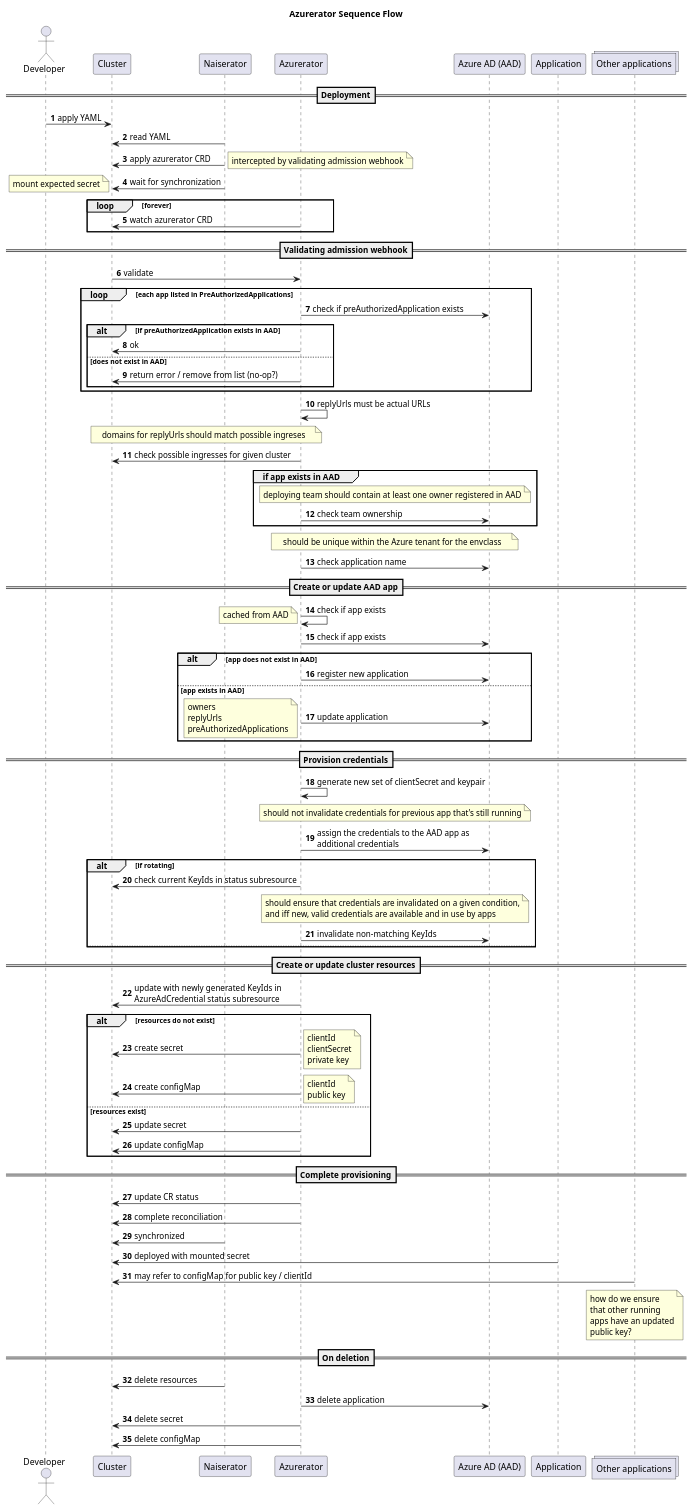
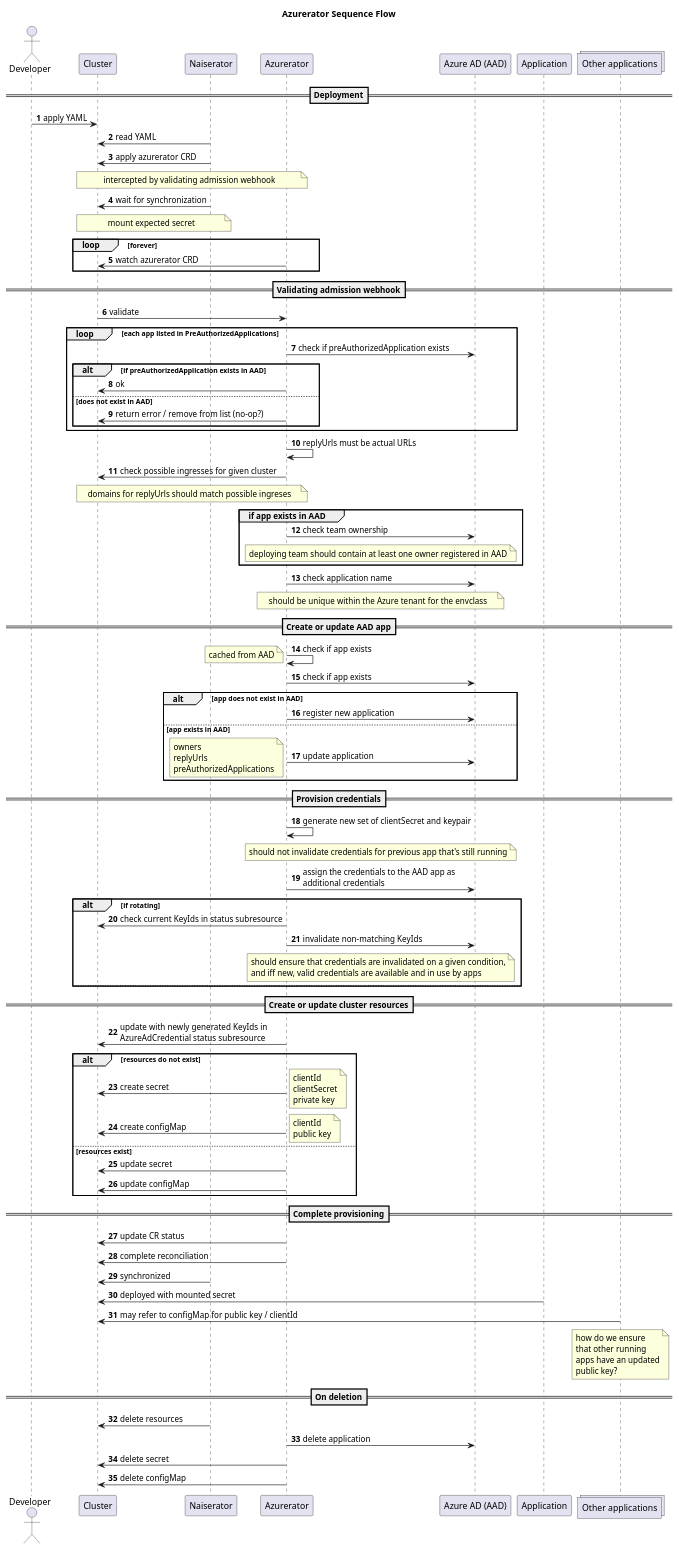
The diagram in docs/sequence.puml (nais/azurerator), drawn with PlantUML before and after one commit.

Commit message:
docs: update labels for sequence diagram

```diff
--- a/docs/sequence.puml
+++ b/docs/sequence.puml
@@ -1,125 +1,125 @@
 @startuml component
 title Azurerator Sequence Flow
 skinparam maxMessageSize 300
 autonumber
 
 actor developer as "Developer"
 participant cluster as "Cluster"
 participant naiserator as "Naiserator"
 participant azurerator as "Azurerator"
 participant azuread as "Azure AD (AAD)"
 participant application as "Application"
 collections applications as "Other applications"
 
 ==Deployment==
 developer -> cluster: apply YAML
 cluster <- naiserator: read YAML
 cluster <- naiserator: apply azurerator CRD
-note right: intercepted by validating admission webhook
+note over cluster, azurerator: intercepted by validating admission webhook
 naiserator -> cluster: wait for synchronization
-note left: mount expected secret
+note over naiserator, cluster: mount expected secret
 
 loop forever
 	azurerator -> cluster: watch azurerator CRD
 end
 
 ==Validating admission webhook==
 cluster -> azurerator: validate
 
 loop each app listed in PreAuthorizedApplications
     azurerator -> azuread: check if preAuthorizedApplication exists
     alt if preAuthorizedApplication exists in AAD
         azurerator -> cluster: ok
     else does not exist in AAD
         azurerator -> cluster: return error / remove from list (no-op?)
     end
 end
 azurerator -> azurerator: replyUrls must be actual URLs
 
+azurerator -> cluster: check possible ingresses for given cluster
 note over cluster, azurerator: domains for replyUrls should match possible ingreses
-azurerator -> cluster: check possible ingresses for given cluster
 group if app exists in AAD
+    azurerator -> azuread: check team ownership
     note over azurerator, azuread
         deploying team should contain at least one owner registered in AAD
     end note
-    azurerator -> azuread: check team ownership
 end
 
+azurerator -> azuread: check application name
 note over azurerator, azuread: should be unique within the Azure tenant for the envclass
-azurerator -> azuread: check application name
 
 ==Create or update AAD app==
 azurerator -> azurerator: check if app exists
 note left: cached from AAD
 azurerator -> azuread: check if app exists
 alt app does not exist in AAD
 	azurerator -> azuread: register new application
 else app exists in AAD
     azurerator -> azuread: update application
     note left
         owners
         replyUrls
         preAuthorizedApplications
     end note
 end
 
 ==Provision credentials==
 
 azurerator -> azurerator: generate new set of clientSecret and keypair
 note over azurerator, azuread
     should not invalidate credentials for previous app that's still running
 end note
 
 azurerator -> azuread: assign the credentials to the AAD app as additional credentials
 
 alt if rotating
     azurerator -> cluster: check current KeyIds in status subresource
+    azurerator -> azuread: invalidate non-matching KeyIds
     note over azurerator, azuread
         should ensure that credentials are invalidated on a given condition,
         and iff new, valid credentials are available and in use by apps
     end note
-    azurerator -> azuread: invalidate non-matching KeyIds
 else
 
 end
 
 ==Create or update cluster resources==
 azurerator -> cluster: update with newly generated KeyIds in AzureAdCredential status subresource
 
 alt resources do not exist
 	azurerator -> cluster: create secret
 	note right
         clientId
         clientSecret
         private key
     end note
 	azurerator -> cluster: create configMap
 	note right
         clientId
         public key
     end note
 else resources exist
     azurerator -> cluster: update secret
     azurerator -> cluster: update configMap
 end
 
 ==Complete provisioning==
     azurerator -> cluster: update CR status
     azurerator -> cluster: complete reconciliation
     naiserator -> cluster: synchronized
     application -> cluster: deployed with mounted secret
     applications -> cluster: may refer to configMap for public key / clientId
     note over applications
         how do we ensure
         that other running
         apps have an updated
         public key?
     end note
 
 ==On deletion==
     naiserator -> cluster: delete resources
     azurerator -> azuread: delete application
     azurerator -> cluster: delete secret
     azurerator -> cluster: delete configMap
 
 @enduml
```
